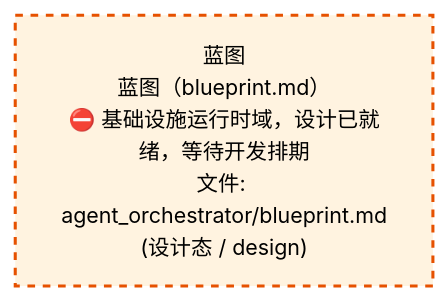
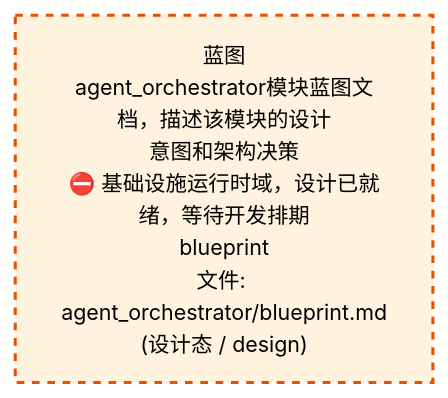
Before and after one commit to xuanFelixVan/ZephyrAlpha: the third of 4 diagrams in docs/02_enterprise_architecture/02_domain_architecture_docs/06_d_infra_runtime.md, drawn with Mermaid. The commit also changed other lines of this file and 62 other files, not shown here.

````diff
--- a/docs/02_enterprise_architecture/02_domain_architecture_docs/06_d_infra_runtime.md
+++ b/docs/02_enterprise_architecture/02_domain_architecture_docs/06_d_infra_runtime.md
@@ -1095,10 +1085,10 @@
 ```mermaid
 %%{init: {'theme': 'base', 'themeVariables': {'primaryColor': '#eaeaea', 'primaryTextColor': '#333333', 'primaryBorderColor': '#666666', 'lineColor': '#666666', 'secondaryColor': '#eaeaea', 'tertiaryColor': '#eaeaea', 'fontSize': '14px'}}}%%
 flowchart TD
-    docs_03_modules_cross_layer_agent_orchestrator_blueprint_md["蓝图<br/>蓝图（blueprint.md）<br/>⛔ 基础设施运行时域，设计已就绪，等待开发排期<br/>文件: agent_orchestrator/blueprint.md<br/>(设计态 / design)"]
+    docs_03_modules_cross_layer_agent_orchestrator_blueprint_md["蓝图<br/>agent_orchestrator模块蓝图文档，描述该模块的设计<br/>意图和架构决策<br/>⛔ 基础设施运行时域，设计已就绪，等待开发排期<br/>blueprint<br/>文件: agent_orchestrator/blueprint.md<br/>(设计态 / design)"]
     classDef production fill:#e1f5fe,stroke:#01579b,stroke-width:2px,color:#000
     classDef design fill:#fff3e0,stroke:#e65100,stroke-width:2px,color:#000,stroke-dasharray: 5 5
     classDef external_prod fill:#e8f4fd,stroke:#0277bd,stroke-width:1px,color:#000
     classDef external_design fill:#fff8e7,stroke:#ef6c00,stroke-width:1px,color:#000,stroke-dasharray: 5 5
     class docs_03_modules_cross_layer_agent_orchestrator_blueprint_md design
 ```
````
